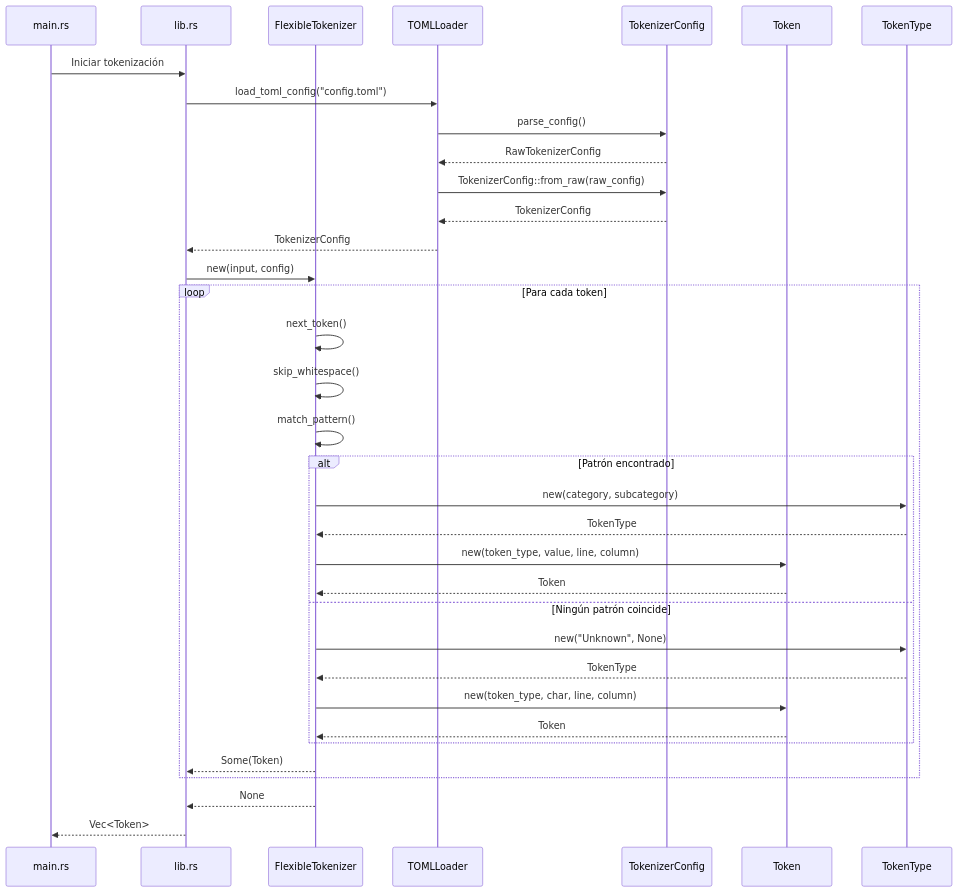
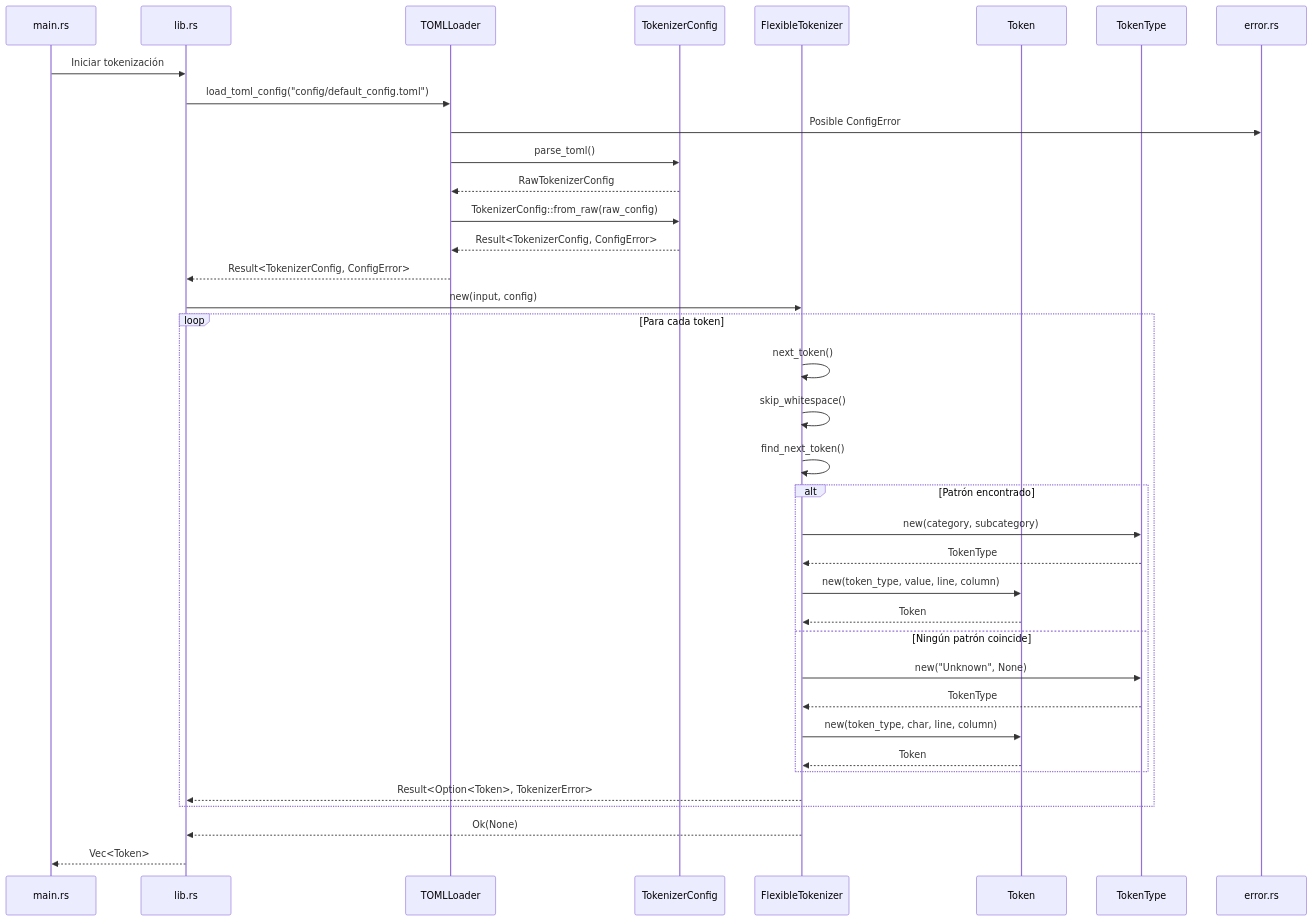
One commit to hsanpaz/abap-tokenizer changed the third of 4 diagrams in README.md. Above: the diagram before and after it, drawn with Mermaid. The commit also changed other lines of this file, not shown here.

````diff
--- a/README.md
+++ b/README.md
@@ -596,43 +680,45 @@
 ```mermaid
 sequenceDiagram
     participant Main as main.rs
     participant Lib as lib.rs
-    participant FT as FlexibleTokenizer
     participant TL as TOMLLoader
     participant TC as TokenizerConfig
+    participant FT as FlexibleTokenizer
     participant T as Token
     participant TT as TokenType
+    participant E as error.rs
 
     Main->>Lib: Iniciar tokenización
-    Lib->>TL: load_toml_config("config.toml")
-    TL->>TC: parse_config()
+    Lib->>TL: load_toml_config("config/default_config.toml")
+    TL->>E: Posible ConfigError
+    TL->>TC: parse_toml()
     TC-->>TL: RawTokenizerConfig
     TL->>TC: TokenizerConfig::from_raw(raw_config)
-    TC-->>TL: TokenizerConfig
-    TL-->>Lib: TokenizerConfig
+    TC-->>TL: Result<TokenizerConfig, ConfigError>
+    TL-->>Lib: Result<TokenizerConfig, ConfigError>
 
     Lib->>FT: new(input, config)
     
     loop Para cada token
         FT->>FT: next_token()
         FT->>FT: skip_whitespace()
-        FT->>FT: match_pattern()
+        FT->>FT: find_next_token()
         
         alt Patrón encontrado
             FT->>TT: new(category, subcategory)
             TT-->>FT: TokenType
             FT->>T: new(token_type, value, line, column)
             T-->>FT: Token
         else Ningún patrón coincide
             FT->>TT: new("Unknown", None)
             TT-->>FT: TokenType
             FT->>T: new(token_type, char, line, column)
             T-->>FT: Token
         end
         
-        FT-->>Lib: Some(Token)
+        FT-->>Lib: Result<Option<Token>, TokenizerError>
     end
     
-    FT-->>Lib: None
+    FT-->>Lib: Ok(None)
     Lib-->>Main: Vec<Token>
 ```
````
